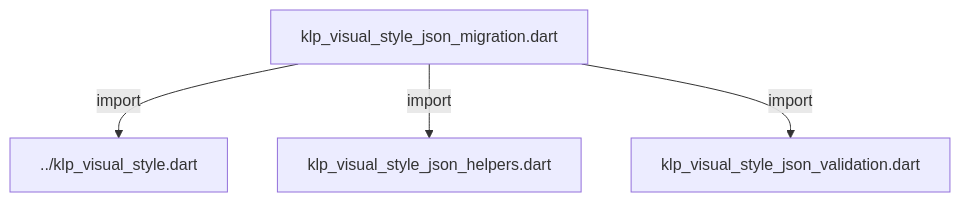
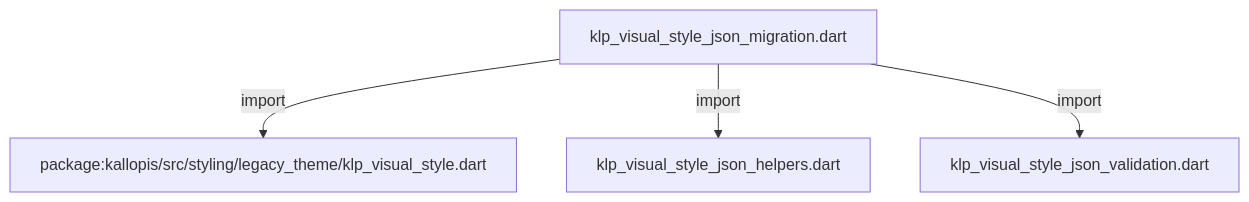
Before and after one commit to MiuDog/Kallopis: the diagram in docs/architecture/src/styling/legacy_theme/internal/klp_visual_style_json_migration.md, drawn with Mermaid. The commit also changed other lines of this file and 9688 other files, not shown here.

Commit message:
Prepare isolated Flow F2 peer baseline

````diff
--- a/docs/architecture/src/styling/legacy_theme/internal/klp_visual_style_json_migration.md
+++ b/docs/architecture/src/styling/legacy_theme/internal/klp_visual_style_json_migration.md
@@ -11,10 +11,10 @@
 ```mermaid
 flowchart TD
 	n0["klp_visual_style_json_migration.dart"]
-	n1["../klp_visual_style.dart"]
+	n1["package:kallopis/src/styling/legacy_theme/klp_visual_style.dart"]
 	n2["klp_visual_style_json_helpers.dart"]
 	n3["klp_visual_style_json_validation.dart"]
 	n0 -->|"import"| n1
 	n0 -->|"import"| n2
 	n0 -->|"import"| n3
 ```
````
